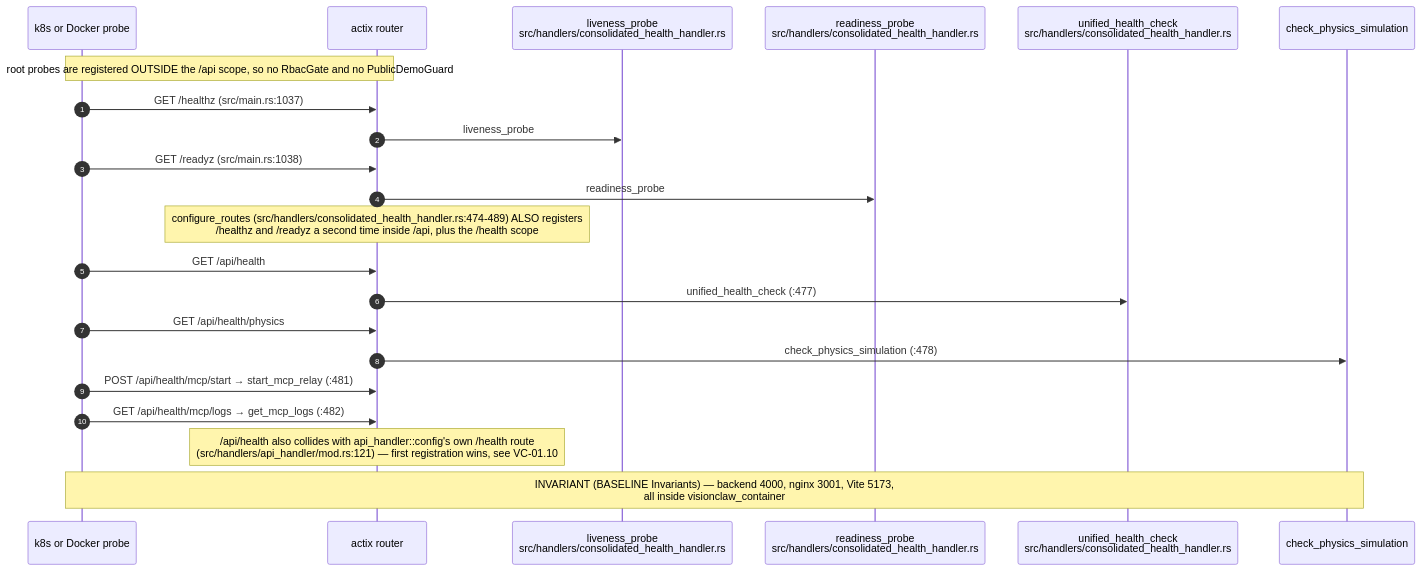
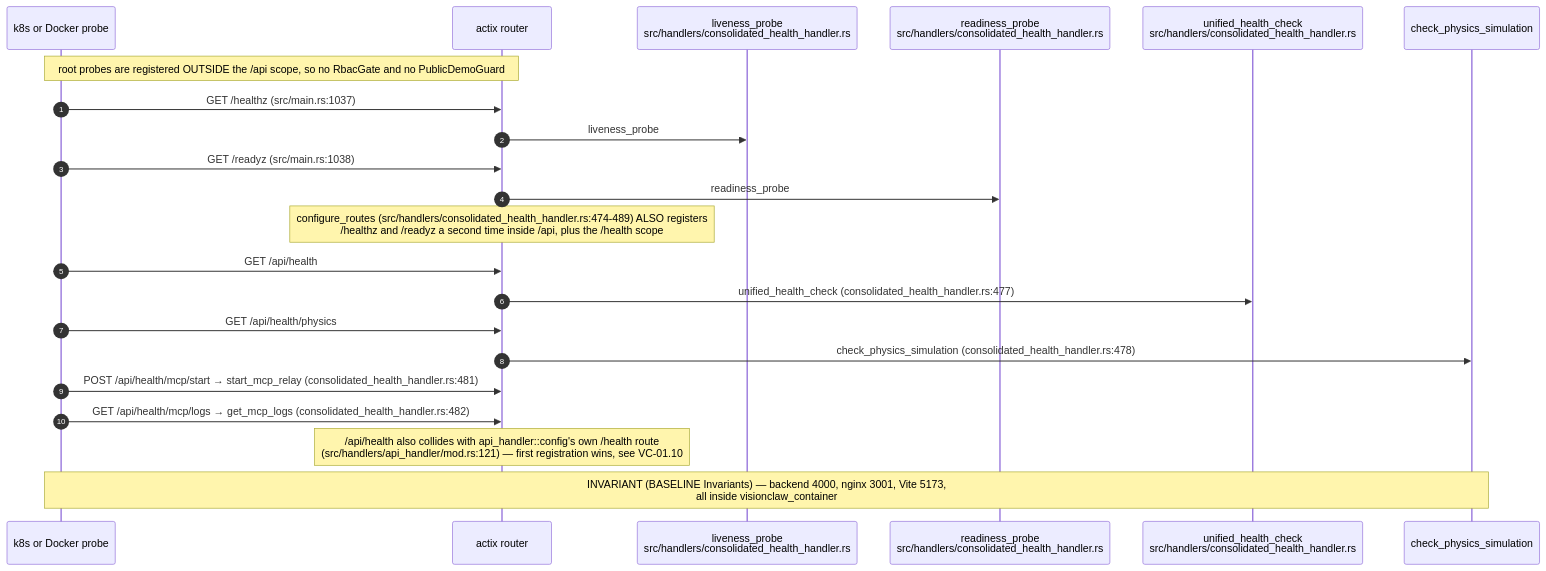
Before and after one commit to DreamLab-AI/VisionFlow: the seventh of 15 diagrams in docs/diagrams/visionclaw/01-boot-and-app-state.md, drawn with Mermaid. The commit also changed other lines of this file and 52 other files, not shown here.

First line of the commit message:
docs(diagrams): wave 3 checkpoint — bare line refs resolved, revision-pinned cite-check, VC-05/AB-01..13 re-attested

````diff
--- a/docs/diagrams/visionclaw/01-boot-and-app-state.md
+++ b/docs/diagrams/visionclaw/01-boot-and-app-state.md
@@ -328,25 +328,25 @@
 ```mermaid
 sequenceDiagram
     autonumber
     participant K as k8s or Docker probe
     participant R as actix router
     participant L as liveness_probe<br/>src/handlers/consolidated_health_handler.rs
     participant D as readiness_probe<br/>src/handlers/consolidated_health_handler.rs
     participant U as unified_health_check<br/>src/handlers/consolidated_health_handler.rs
     participant P as check_physics_simulation
 
     Note over K,R: root probes are registered OUTSIDE the /api scope, so no RbacGate and no PublicDemoGuard
     K->>R: GET /healthz (src/main.rs:1037)
     R->>L: liveness_probe
     K->>R: GET /readyz (src/main.rs:1038)
     R->>D: readiness_probe
     Note over R: configure_routes (src/handlers/consolidated_health_handler.rs:474-489) ALSO registers<br/>/healthz and /readyz a second time inside /api, plus the /health scope
     K->>R: GET /api/health
-    R->>U: unified_health_check (:477)
+    R->>U: unified_health_check (consolidated_health_handler.rs:477)
     K->>R: GET /api/health/physics
-    R->>P: check_physics_simulation (:478)
-    K->>R: POST /api/health/mcp/start → start_mcp_relay (:481)
-    K->>R: GET /api/health/mcp/logs → get_mcp_logs (:482)
+    R->>P: check_physics_simulation (consolidated_health_handler.rs:478)
+    K->>R: POST /api/health/mcp/start → start_mcp_relay (consolidated_health_handler.rs:481)
+    K->>R: GET /api/health/mcp/logs → get_mcp_logs (consolidated_health_handler.rs:482)
     Note over R: /api/health also collides with api_handler::config's own /health route<br/>(src/handlers/api_handler/mod.rs:121) — first registration wins, see VC-01.10
     Note over K,P: INVARIANT (BASELINE Invariants) — backend 4000, nginx 3001, Vite 5173,<br/>all inside visionclaw_container
 ```
````
